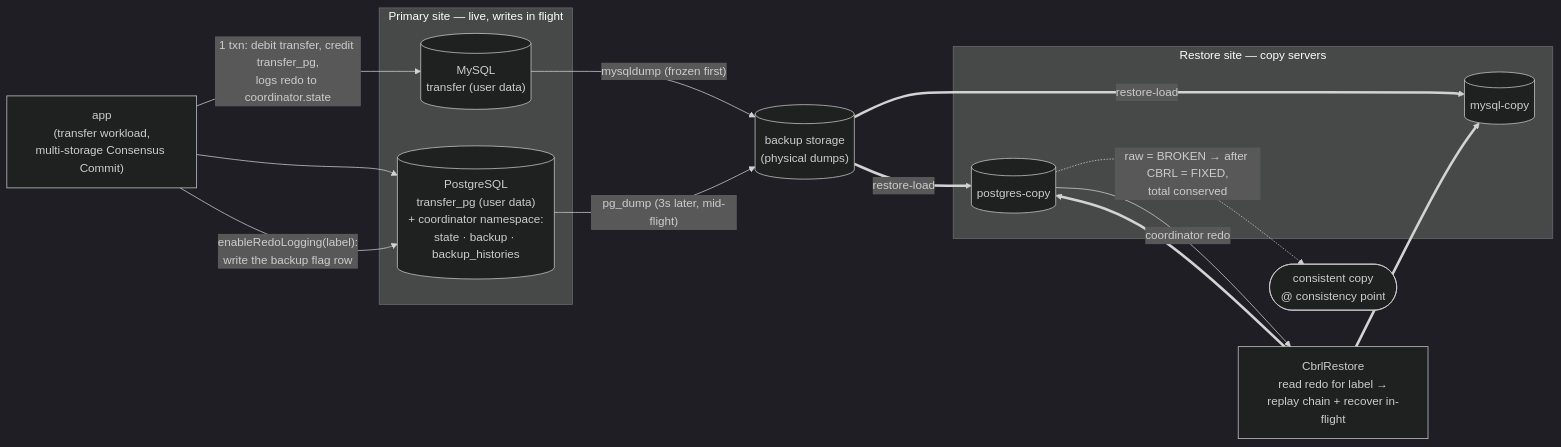
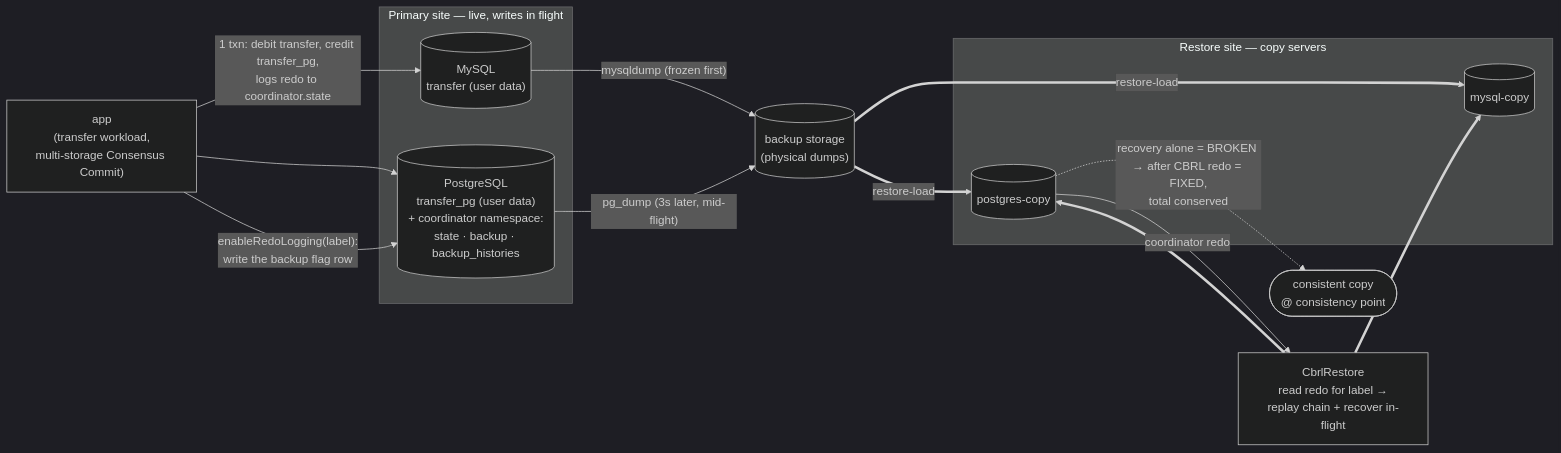
Before and after one commit to scalar-labs/scalardb: the diagram in cbrl-demo/README.md, drawn with Mermaid (dark theme). The commit also changed other lines of this file and 2 other files, not shown here.

````diff
--- a/cbrl-demo/README.md
+++ b/cbrl-demo/README.md
@@ -64,30 +68,30 @@
 ```mermaid
 flowchart LR
     App["app<br/>(transfer workload,<br/>multi-storage Consensus Commit)"]
 
     subgraph Primary["Primary site — live, writes in flight"]
         MySQL[("MySQL<br/>transfer (user data)")]
         Postgres[("PostgreSQL<br/>transfer_pg (user data)<br/>+ coordinator namespace:<br/>state · backup · backup_histories")]
     end
 
     App -->|"1 txn: debit transfer, credit transfer_pg,<br/>logs redo to coordinator.state"| MySQL
     App --> Postgres
     App -->|"enableRedoLogging(label):<br/>write the backup flag row"| Postgres
 
     Backups[("backup storage<br/>(physical dumps)")]
     MySQL -->|"mysqldump (frozen first)"| Backups
     Postgres -->|"pg_dump (3s later, mid-flight)"| Backups
 
     subgraph Copy["Restore site — copy servers"]
         MySQLc[("mysql-copy")]
         Postgresc[("postgres-copy")]
     end
     Backups ==>|"restore-load"| MySQLc
     Backups ==>|"restore-load"| Postgresc
 
     Restore["CbrlRestore<br/>read redo for label →<br/>replay chain + recover in-flight"]
     Postgresc -->|"coordinator redo"| Restore
     Restore ==> MySQLc
     Restore ==> Postgresc
-    Postgresc -.->|"raw = BROKEN → after CBRL = FIXED,<br/>total conserved"| Result(["consistent copy<br/>@ consistency point"])
+    Postgresc -.->|"recovery alone = BROKEN → after CBRL redo = FIXED,<br/>total conserved"| Result(["consistent copy<br/>@ consistency point"])
 ```
````
